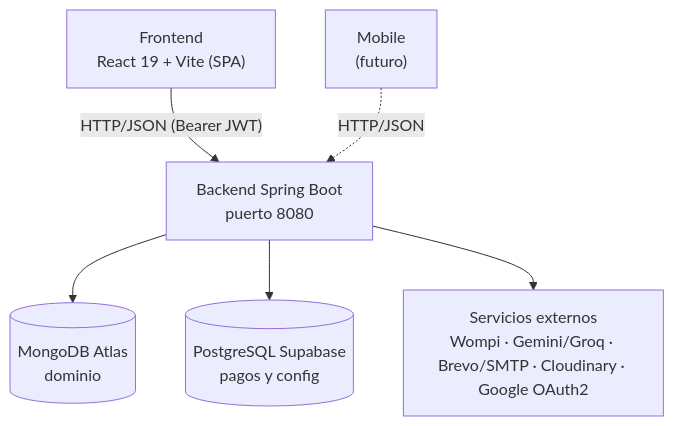
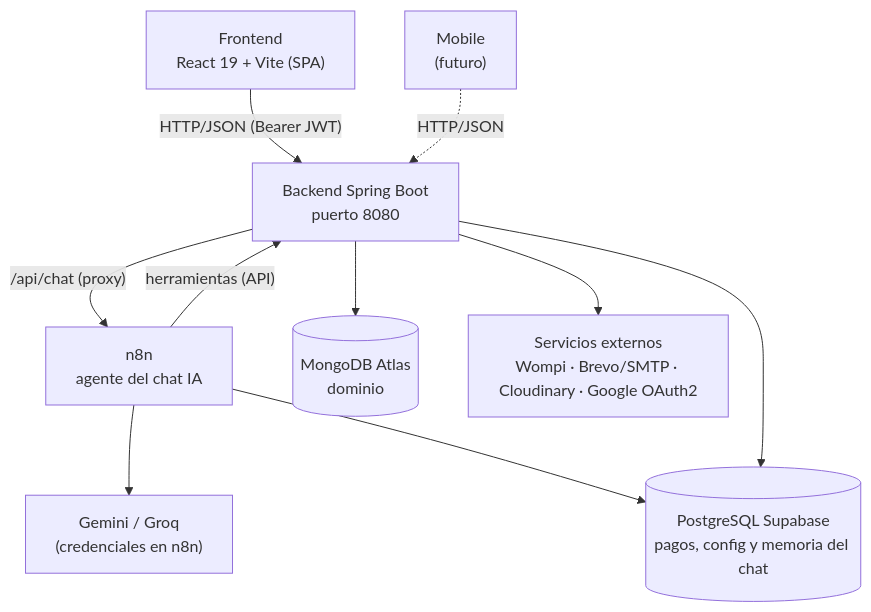
One commit to brainyns/Drivemaster changed the diagram in README.md. Above: the diagram before and after it, drawn with Mermaid. The commit also changed other lines of this file and 31 other files, not shown here.

First line of the commit message:
Chat IA: migrar a n8n y corregir el flujo del agente

````diff
--- a/README.md
+++ b/README.md
@@ -131,15 +131,21 @@
 ```mermaid
 flowchart TD
     FE["Frontend<br/>React 19 + Vite (SPA)"]
     MOB["Mobile<br/>(futuro)"]
     BE["Backend Spring Boot<br/>puerto 8080"]
+    N8N["n8n<br/>agente del chat IA"]
     MONGO[("MongoDB Atlas<br/>dominio")]
-    PG[("PostgreSQL Supabase<br/>pagos y config")]
-    EXT["Servicios externos<br/>Wompi · Gemini/Groq · Brevo/SMTP · Cloudinary · Google OAuth2"]
+    PG[("PostgreSQL Supabase<br/>pagos, config y memoria del chat")]
+    EXT["Servicios externos<br/>Wompi · Brevo/SMTP · Cloudinary · Google OAuth2"]
+    IA["Gemini / Groq<br/>(credenciales en n8n)"]
 
     FE -- "HTTP/JSON (Bearer JWT)" --> BE
     MOB -. "HTTP/JSON" .-> BE
+    BE -- "/api/chat (proxy)" --> N8N
+    N8N -- "herramientas (API)" --> BE
+    N8N --> IA
+    N8N --> PG
     BE --> MONGO
     BE --> PG
     BE --> EXT
 ```
````
